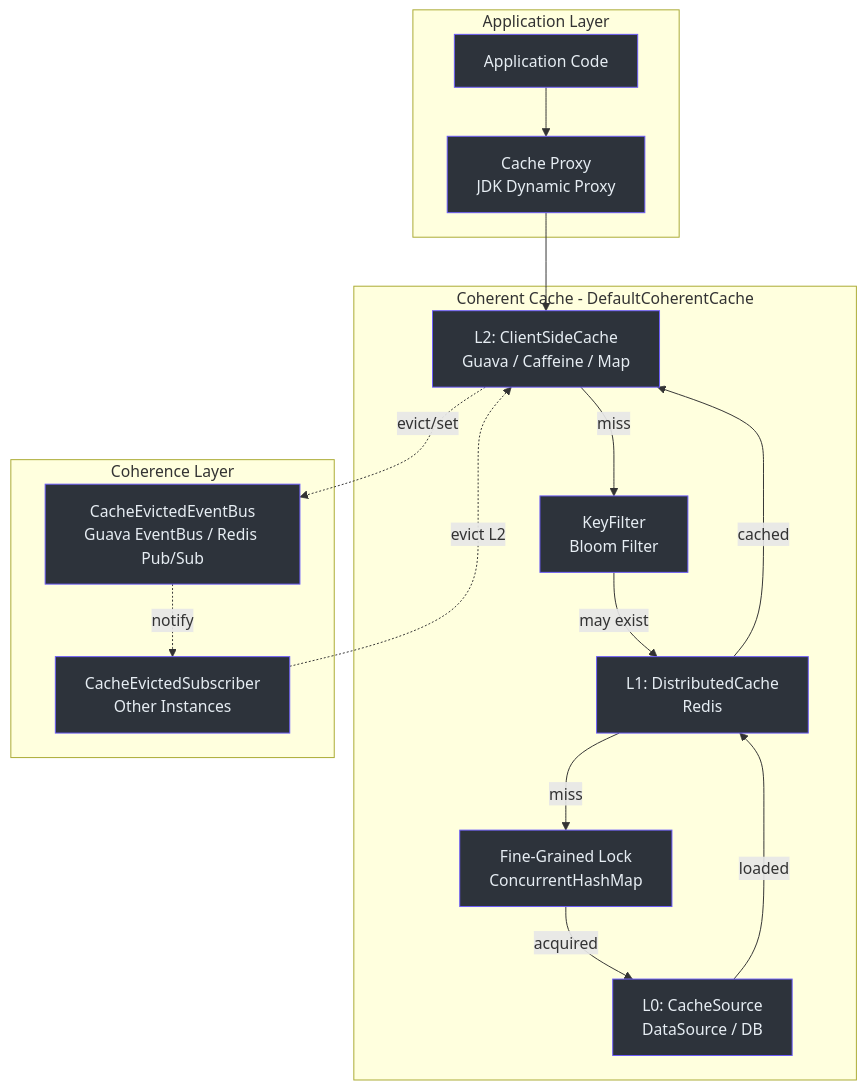
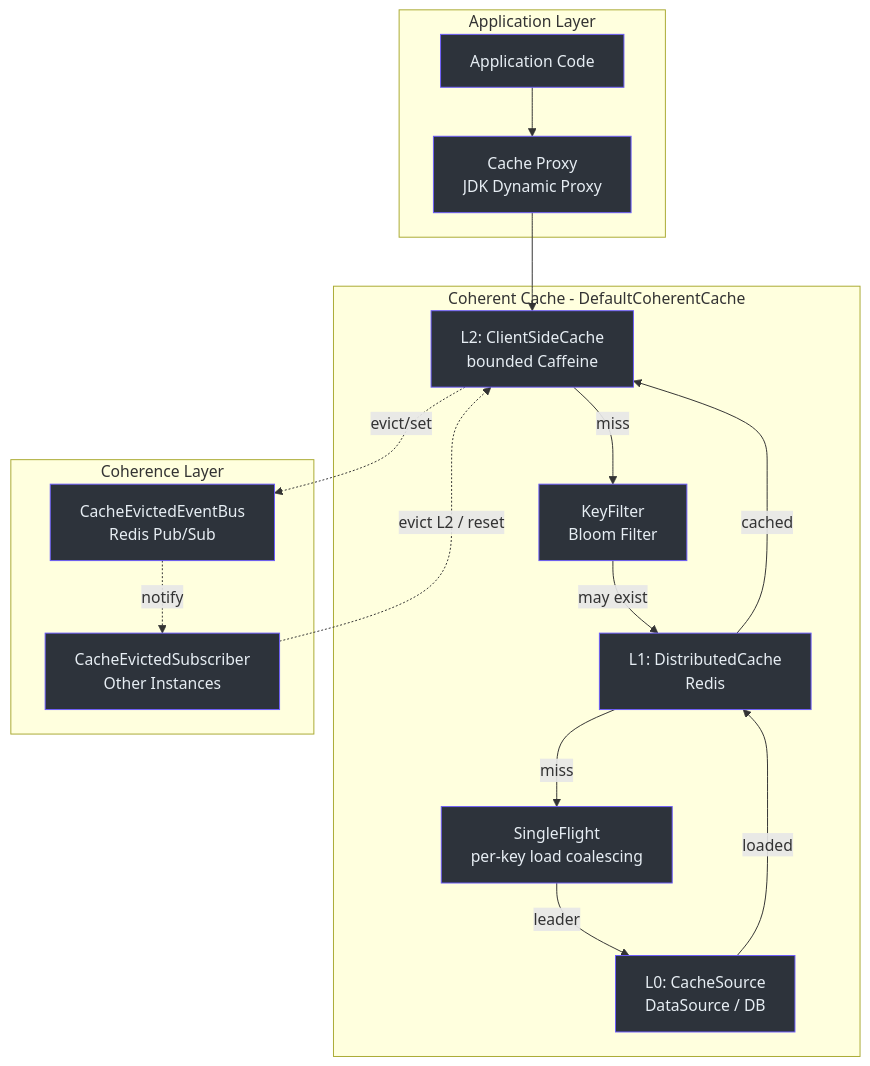
One commit to Ahoo-Wang/CoCache changed the second of 3 diagrams in wiki/architecture/index.md. Above: the diagram before and after it, drawn with Mermaid. The commit also changed other lines of this file and 256 other files, not shown here.

First line of the commit message:
refactor!: rebuild coherence core for 5.0 (bounded staleness, explicit negative cache) (#575)

````diff
--- a/wiki/architecture/index.md
+++ b/wiki/architecture/index.md
@@ -60,47 +60,47 @@
 ```mermaid
 graph TB
     subgraph sg_11 ["Application Layer"]
 
         App["Application Code"]
         Proxy["Cache Proxy<br>JDK Dynamic Proxy"]
     end
 
     subgraph sg_12 ["Coherent Cache - DefaultCoherentCache"]
 
-        L2["L2: ClientSideCache<br>Guava / Caffeine / Map"]
+        L2["L2: ClientSideCache<br>bounded Caffeine"]
         KF["KeyFilter<br>Bloom Filter"]
         L1["L1: DistributedCache<br>Redis"]
-        Lock["Fine-Grained Lock<br>ConcurrentHashMap"]
+        Lock["SingleFlight<br>per-key load coalescing"]
         L0["L0: CacheSource<br>DataSource / DB"]
     end
 
     subgraph sg_13 ["Coherence Layer"]
 
-        EventBus["CacheEvictedEventBus<br>Guava EventBus / Redis Pub/Sub"]
+        EventBus["CacheEvictedEventBus<br>Redis Pub/Sub"]
         Subscriber["CacheEvictedSubscriber<br>Other Instances"]
     end
 
     App --> Proxy
     Proxy --> L2
     L2 -->|miss| KF
     KF -->|may exist| L1
     L1 -->|miss| Lock
-    Lock -->|acquired| L0
+    Lock -->|leader| L0
     L0 -->|loaded| L1
     L1 -->|cached| L2
 
     L2 -.->|evict/set| EventBus
     EventBus -.->|notify| Subscriber
-    Subscriber -.->|evict L2| L2
+    Subscriber -.->|"evict L2 / reset"| L2
 
     style App fill:#2d333b,stroke:#6d5dfc,color:#e6edf3
     style Proxy fill:#2d333b,stroke:#6d5dfc,color:#e6edf3
     style L2 fill:#2d333b,stroke:#6d5dfc,color:#e6edf3
     style KF fill:#2d333b,stroke:#6d5dfc,color:#e6edf3
     style L1 fill:#2d333b,stroke:#6d5dfc,color:#e6edf3
     style Lock fill:#2d333b,stroke:#6d5dfc,color:#e6edf3
     style L0 fill:#2d333b,stroke:#6d5dfc,color:#e6edf3
     style EventBus fill:#2d333b,stroke:#6d5dfc,color:#e6edf3
     style Subscriber fill:#2d333b,stroke:#6d5dfc,color:#e6edf3
 
 ```
````
